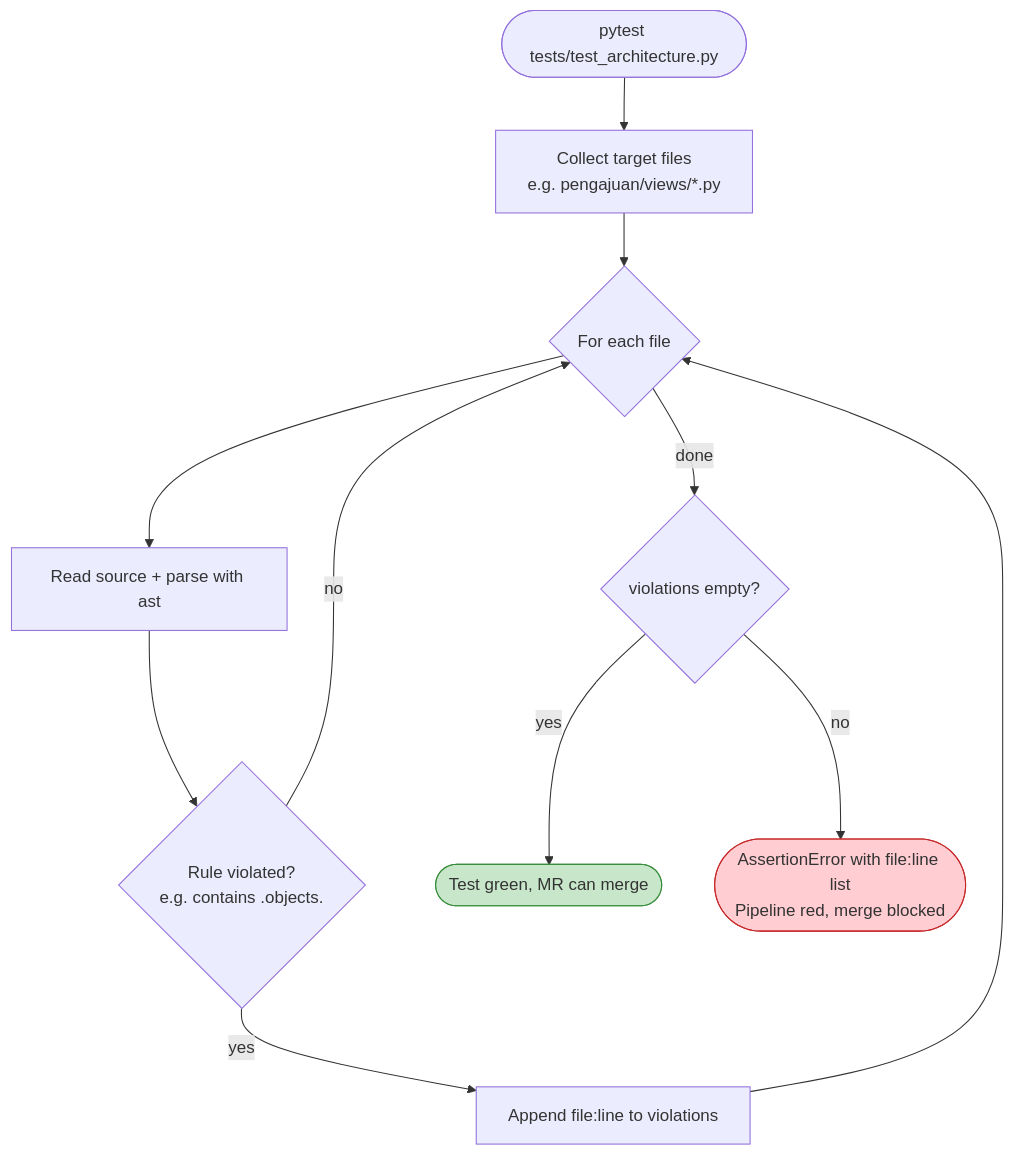
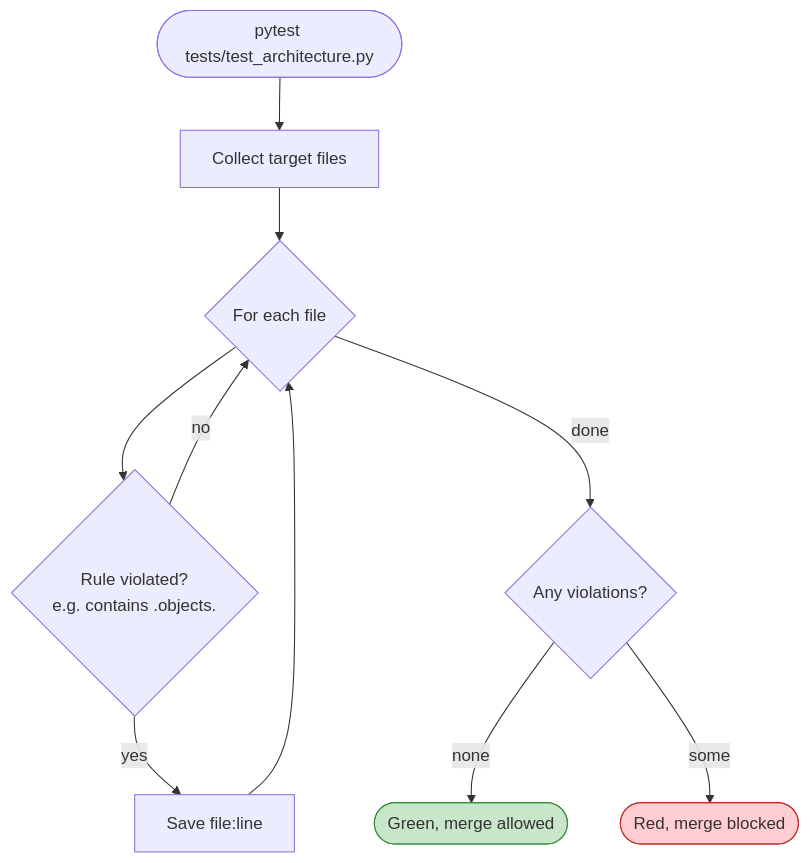
Before and after one commit to HusinHakim/blog-husin: the third of 6 diagrams in content/post/refactoring-fitness-functions.md, drawn with Mermaid. The commit also changed other lines of this file, not shown here.

Commit message:
Rewrite for readability: conversational hook, drop long-method rule, tighten prose

```diff
--- a/content/post/refactoring-fitness-functions.md
+++ b/content/post/refactoring-fitness-functions.md
@@ -102,15 +112,14 @@
 {{< mermaid >}}
 flowchart TB
-    Start([pytest tests/test_architecture.py]) --> Collect[Collect target files<br/>e.g. pengajuan/views/*.py]
+    Start([pytest tests/test_architecture.py]) --> Collect[Collect target files]
     Collect --> Loop{For each file}
-    Loop --> Parse[Read source + parse with ast]
-    Parse --> Check{Rule violated?<br/>e.g. contains .objects.}
-    Check -- yes --> Record[Append file:line to violations]
+    Loop --> Check{Rule violated?<br/>e.g. contains .objects.}
+    Check -- yes --> Record[Save file:line]
     Check -- no --> Loop
     Record --> Loop
-    Loop -- done --> Assert{violations empty?}
-    Assert -- yes --> Green([Test green, MR can merge])
-    Assert -- no --> Red([AssertionError with file:line list<br/>Pipeline red, merge blocked])
+    Loop -- done --> Assert{Any violations?}
+    Assert -- none --> Green([Green, merge allowed])
+    Assert -- some --> Red([Red, merge blocked])
     style Green fill:#c8e6c9,stroke:#388e3c
     style Red fill:#ffcdd2,stroke:#c62828
 {{< /mermaid >}}
```
